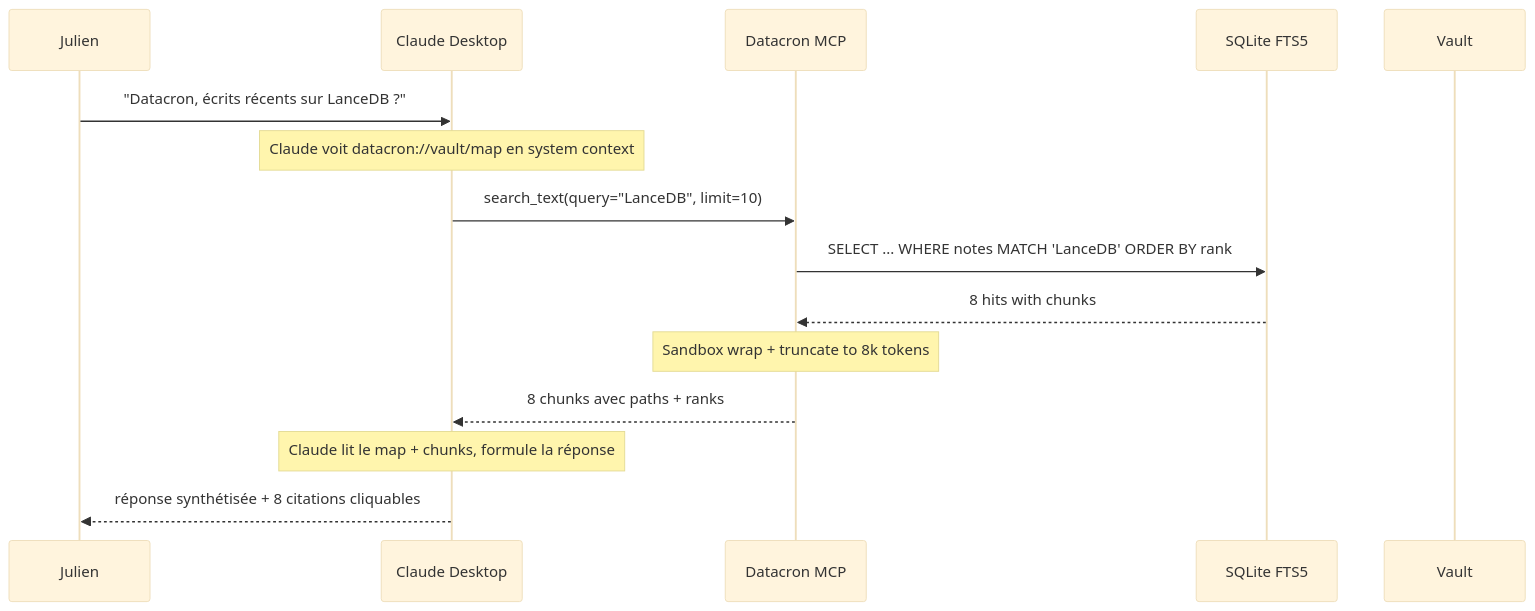
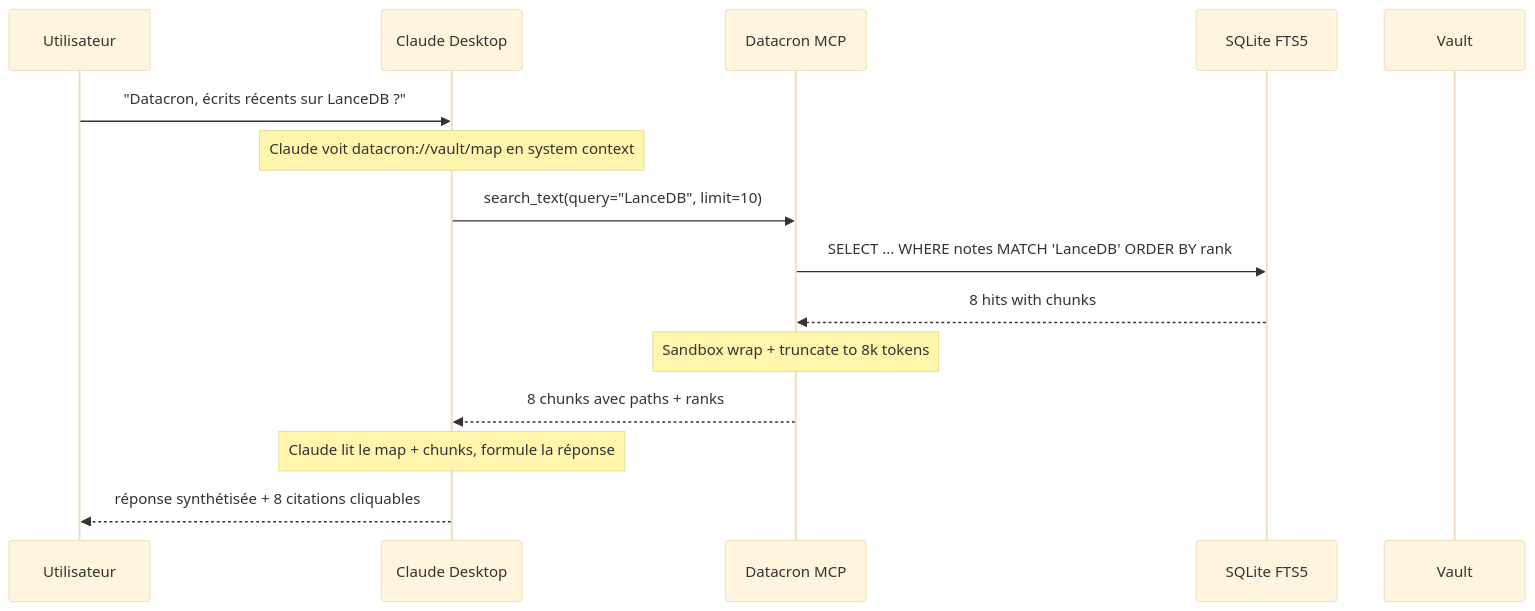
The second of 2 diagrams in docs/fr/architecture.md (VBlackJack/Datacron), drawn with Mermaid (base theme) before and after one commit. The commit also changed other lines of this file and 85 other files, not shown here.

````diff
--- a/docs/fr/architecture.md
+++ b/docs/fr/architecture.md
@@ -471,18 +470,18 @@
 ```mermaid
 sequenceDiagram
-    participant J as Julien
+    participant J as Utilisateur
     participant C as Claude Desktop
     participant M as Datacron MCP
     participant DB as SQLite FTS5
     participant V as Vault
 
     J->>C: "Datacron, écrits récents sur LanceDB ?"
     Note over C: Claude voit datacron://vault/map en system context
     C->>M: search_text(query="LanceDB", limit=10)
     M->>DB: SELECT ... WHERE notes MATCH 'LanceDB' ORDER BY rank
     DB-->>M: 8 hits with chunks
     Note over M: Sandbox wrap + truncate to 8k tokens
     M-->>C: 8 chunks avec paths + ranks
     Note over C: Claude lit le map + chunks, formule la réponse
     C-->>J: réponse synthétisée + 8 citations cliquables
 ```
````
